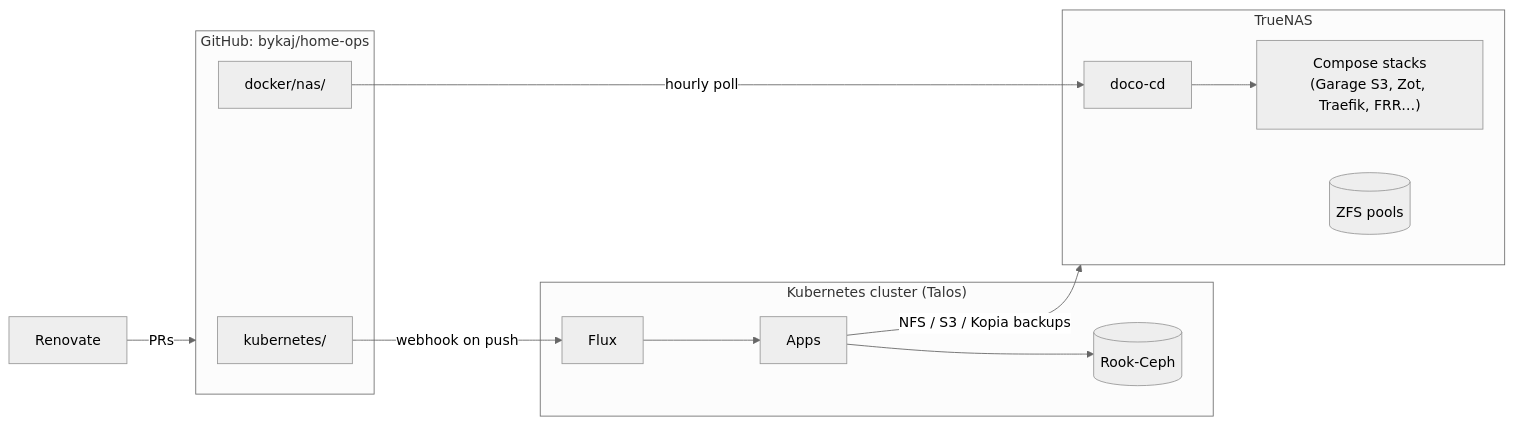
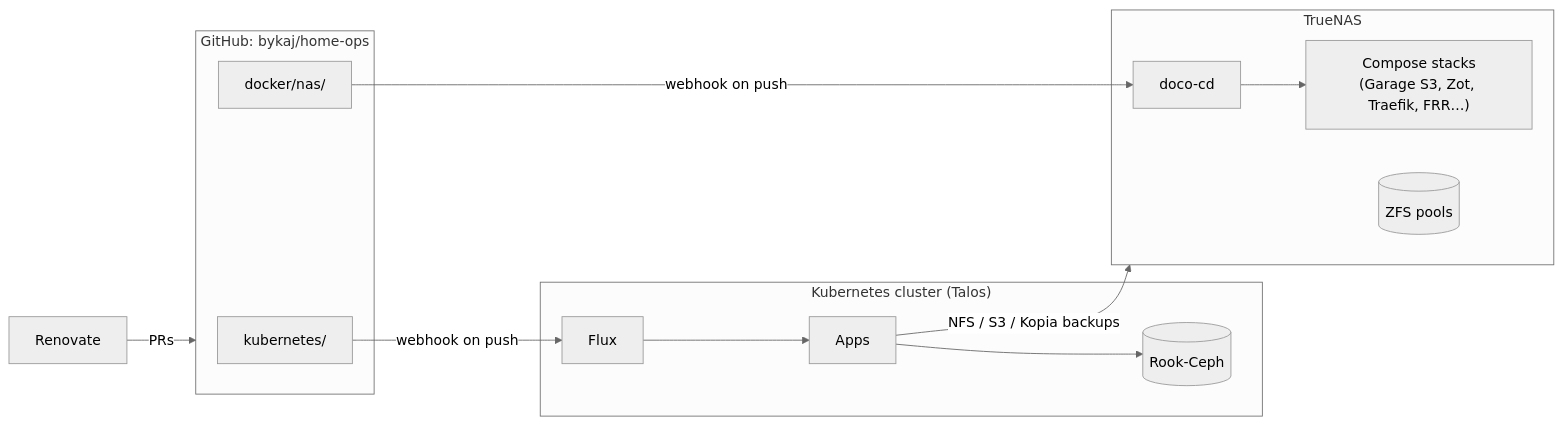
One commit to bykaj/home-ops changed the diagram in docs/architecture/index.md. Above: the diagram before and after it, drawn with Mermaid (neutral theme). The commit also changed 9 other files, not shown here.

First line of the commit message:
feat(network): expose doco-cd webhook through envoy-external

````diff
--- a/docs/architecture/index.md
+++ b/docs/architecture/index.md
@@ -17,27 +17,27 @@
 ```mermaid
 graph LR
     subgraph git["GitHub: bykaj/home-ops"]
         k8s["kubernetes/"]
         docker["docker/nas/"]
     end
 
     subgraph cluster["Kubernetes cluster (Talos)"]
         flux["Flux"]
         apps["Apps"]
         ceph[("Rook-Ceph")]
     end
 
     subgraph nas["TrueNAS"]
         doco["doco-cd"]
         stacks["Compose stacks<br/>(Garage S3, Zot, Traefik, FRR…)"]
         zfs[("ZFS pools")]
     end
 
     k8s -- "webhook on push" --> flux
-    docker -- "hourly poll" --> doco
+    docker -- "webhook on push" --> doco
     flux --> apps
     apps --> ceph
     doco --> stacks
     apps -- "NFS / S3 / Kopia backups" --> nas
     renovate["Renovate"] -- "PRs" --> git
 ```
````
